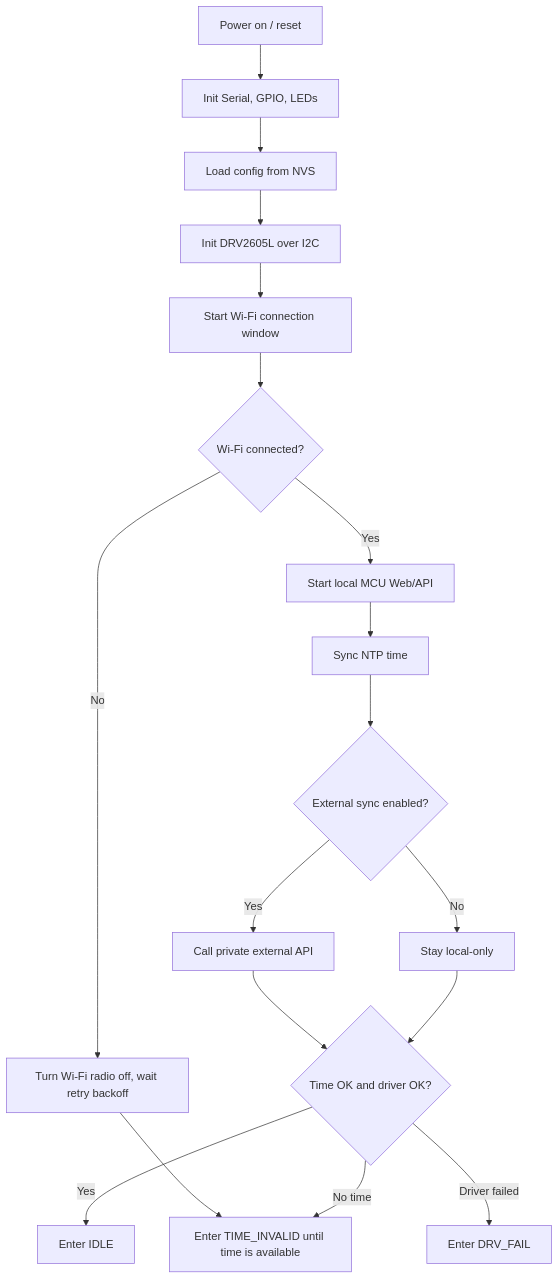
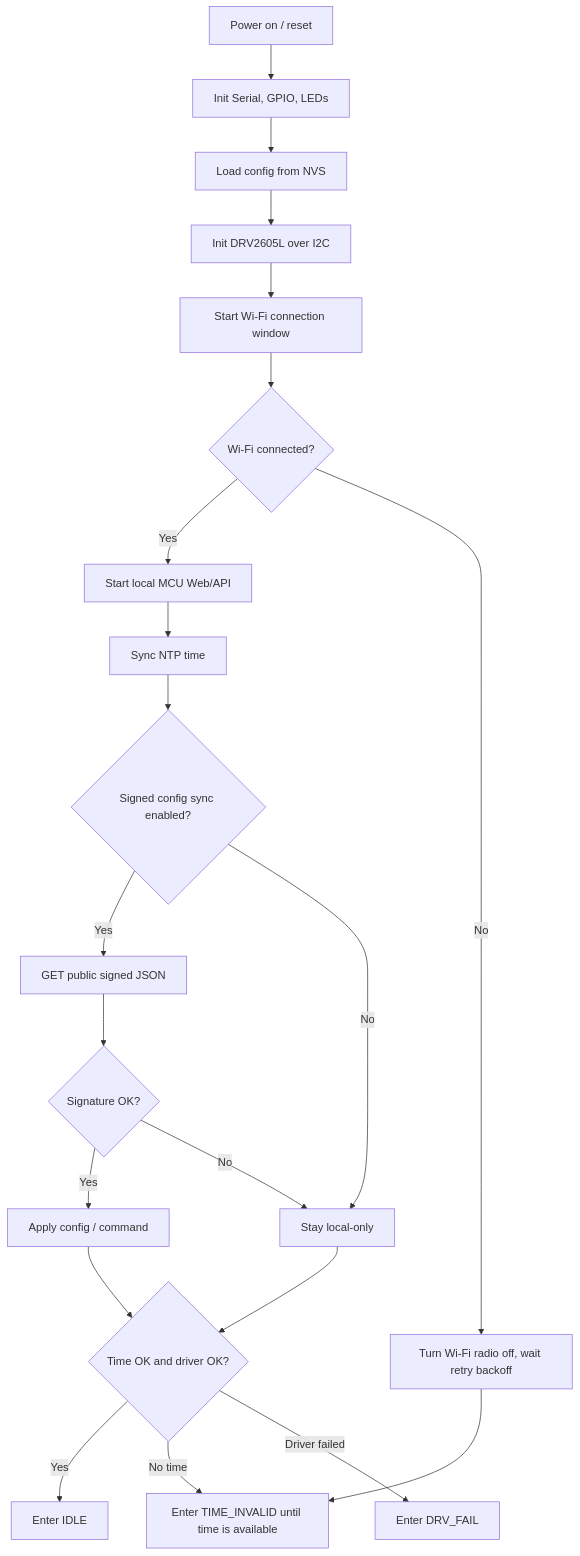
One commit to terry-eric/esp32c3-clock-web changed the first of 3 diagrams in docs/MCU_LOGIC.md. Above: the diagram before and after it, drawn with Mermaid. The commit also changed other lines of this file and 14 other files, not shown here.

Commit message:
Add signed static MCU config

````diff
--- a/docs/MCU_LOGIC.md
+++ b/docs/MCU_LOGIC.md
@@ -13,20 +14,23 @@
 ```mermaid
 flowchart TD
   A["Power on / reset"] --> B["Init Serial, GPIO, LEDs"]
   B --> C["Load config from NVS"]
   C --> D["Init DRV2605L over I2C"]
   D --> E["Start Wi-Fi connection window"]
   E --> F{"Wi-Fi connected?"}
   F -- "Yes" --> G["Start local MCU Web/API"]
   G --> H["Sync NTP time"]
-  H --> I{"External sync enabled?"}
-  I -- "Yes" --> J["Call private external API"]
+  H --> I{"Signed config sync enabled?"}
+  I -- "Yes" --> J["GET public signed JSON"]
   I -- "No" --> K["Stay local-only"]
-  J --> L{"Time OK and driver OK?"}
+  J --> Q{"Signature OK?"}
+  Q -- "Yes" --> R["Apply config / command"]
+  Q -- "No" --> K
+  R --> L{"Time OK and driver OK?"}
   K --> L
   F -- "No" --> M["Turn Wi-Fi radio off, wait retry backoff"]
   M --> N["Enter TIME_INVALID until time is available"]
   L -- "Yes" --> O["Enter IDLE"]
   L -- "No time" --> N
   L -- "Driver failed" --> P["Enter DRV_FAIL"]
 ```
````
